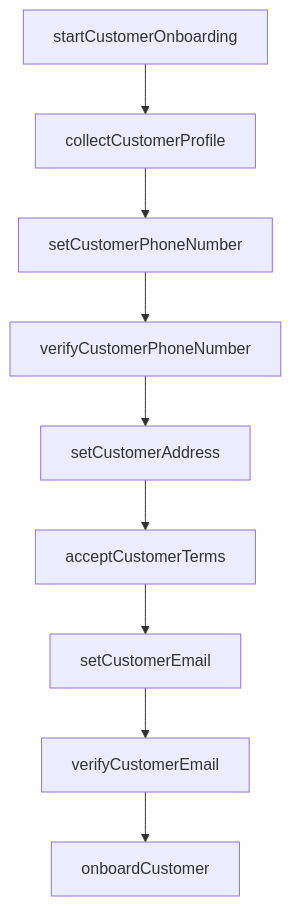
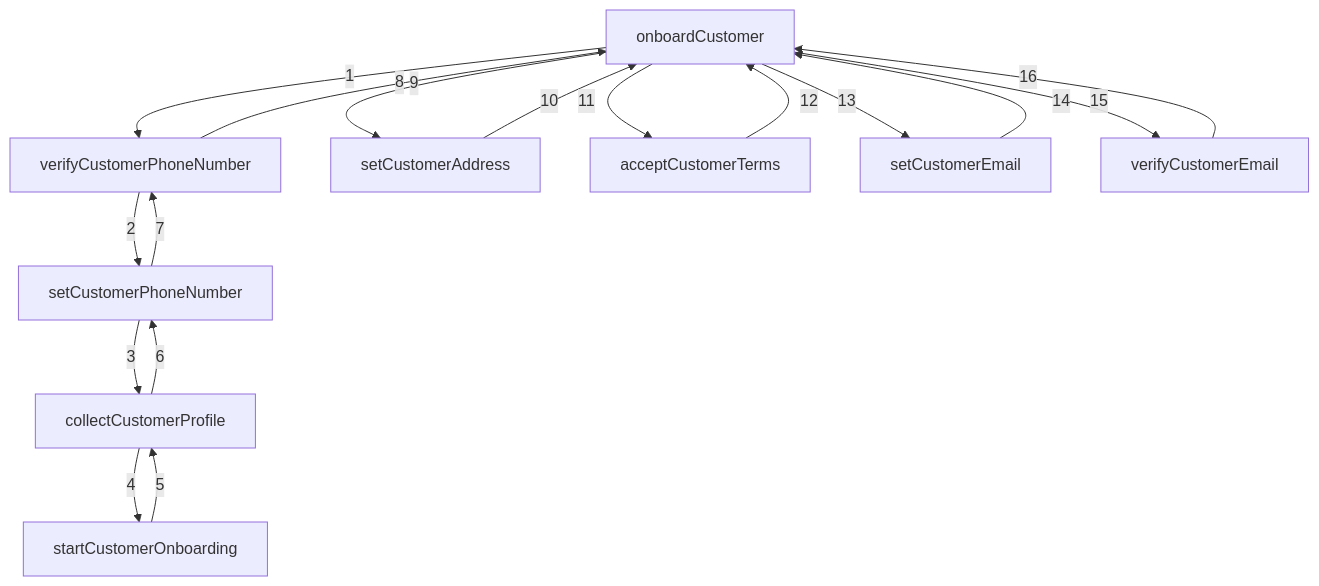
Before and after one commit to mamund/grail-public: the diagram in grail-demo-09-random-conditions/random-traces-mermaid/trace-01.mmd, drawn with Mermaid. The commit also changed 3 other files, not shown here.

Commit message:
update mermaid diagram

```diff
--- a/grail-demo-09-random-conditions/random-traces-mermaid/trace-01.mmd
+++ b/grail-demo-09-random-conditions/random-traces-mermaid/trace-01.mmd
@@ -1,12 +1,33 @@
 flowchart TD
-    A[startCustomerOnboarding]
-    B[collectCustomerProfile]
-    C[setCustomerPhoneNumber]
-    D[verifyCustomerPhoneNumber]
-    E[setCustomerAddress]
-    F[acceptCustomerTerms]
-    G[setCustomerEmail]
-    H[verifyCustomerEmail]
-    I[onboardCustomer]
 
-    A --> B --> C --> D --> E --> F --> G --> H --> I
+    OC[onboardCustomer]
+    VP[verifyCustomerPhoneNumber]
+    SP[setCustomerPhoneNumber]
+    CP[collectCustomerProfile]
+    SO[startCustomerOnboarding]
+    SA[setCustomerAddress]
+    AT[acceptCustomerTerms]
+    SE[setCustomerEmail]
+    VE[verifyCustomerEmail]
+
+    OC -->|1| VP
+    VP -->|2| SP
+    SP -->|3| CP
+    CP -->|4| SO
+
+    SO -->|5| CP
+    CP -->|6| SP
+    SP -->|7| VP
+    VP -->|8| OC
+
+    OC -->|9| SA
+    SA -->|10| OC
+
+    OC -->|11| AT
+    AT -->|12| OC
+
+    OC -->|13| SE
+    SE -->|14| OC
+
+    OC -->|15| VE
+    VE -->|16| OC
```
